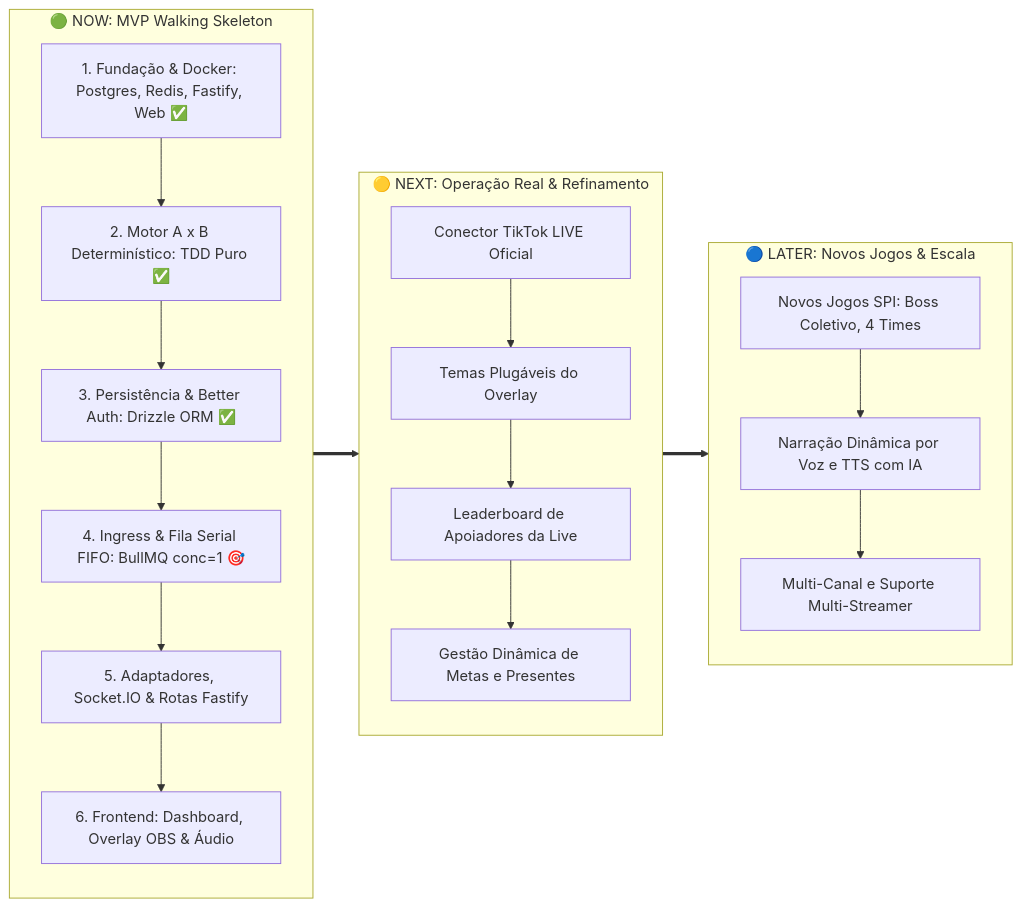
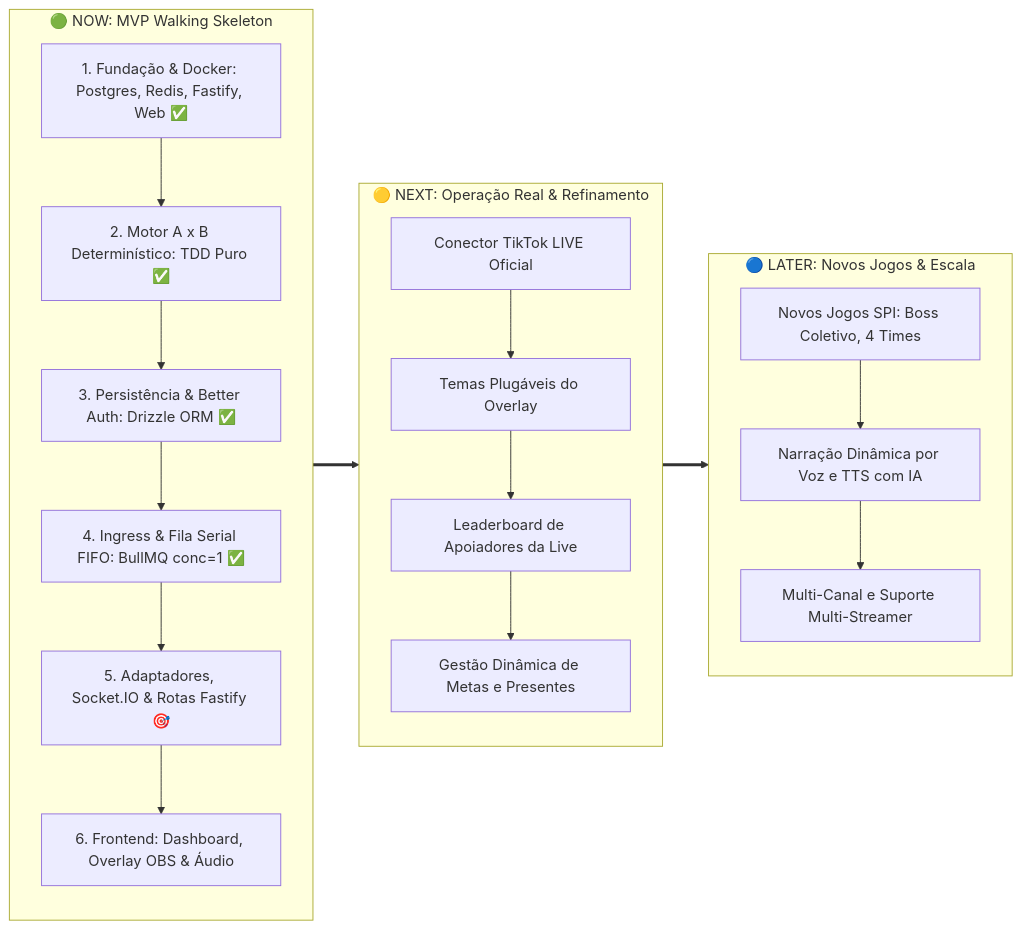
Before and after one commit to luis-henrique-carvalho/tiktok-gamer-lives: the first of 2 diagrams in docs/roadmap.md, drawn with Mermaid. The commit also changed other lines of this file and 39 other files, not shown here.

Commit message:
feat(api): implementar ingress worker, fila serial BullMQ e persistência de snapshots (Fase 4)

````diff
--- a/docs/roadmap.md
+++ b/docs/roadmap.md
@@ -22,32 +22,32 @@
 ```mermaid
 flowchart LR
     subgraph NOW["🟢 NOW: MVP Walking Skeleton"]
         direction TB
         N1["1. Fundação & Docker: Postgres, Redis, Fastify, Web ✅"]
         N2["2. Motor A x B Determinístico: TDD Puro ✅"]
         N3["3. Persistência & Better Auth: Drizzle ORM ✅"]
-        N4["4. Ingress & Fila Serial FIFO: BullMQ conc=1 🎯"]
-        N5["5. Adaptadores, Socket.IO & Rotas Fastify"]
+        N4["4. Ingress & Fila Serial FIFO: BullMQ conc=1 ✅"]
+        N5["5. Adaptadores, Socket.IO & Rotas Fastify 🎯"]
         N6["6. Frontend: Dashboard, Overlay OBS & Áudio"]
         N1 --> N2 --> N3 --> N4 --> N5 --> N6
     end
 
     subgraph NEXT["🟡 NEXT: Operação Real & Refinamento"]
         direction TB
         X1["Conector TikTok LIVE Oficial"]
         X2["Temas Plugáveis do Overlay"]
         X3["Leaderboard de Apoiadores da Live"]
         X4["Gestão Dinâmica de Metas e Presentes"]
         X1 --> X2 --> X3 --> X4
     end
 
     subgraph LATER["🔵 LATER: Novos Jogos & Escala"]
         direction TB
         L1["Novos Jogos SPI: Boss Coletivo, 4 Times"]
         L2["Narração Dinâmica por Voz e TTS com IA"]
         L3["Multi-Canal e Suporte Multi-Streamer"]
         L1 --> L2 --> L3
     end
 
     NOW ==> NEXT ==> LATER
 ```
````
